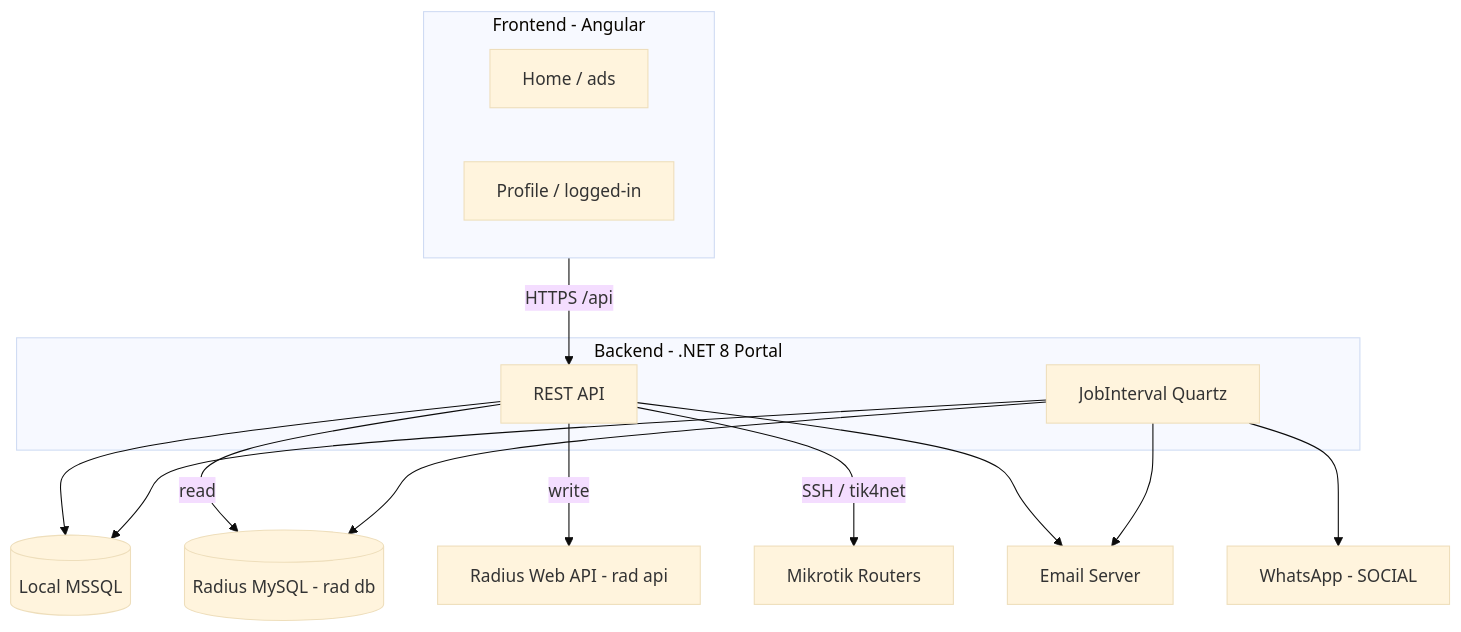
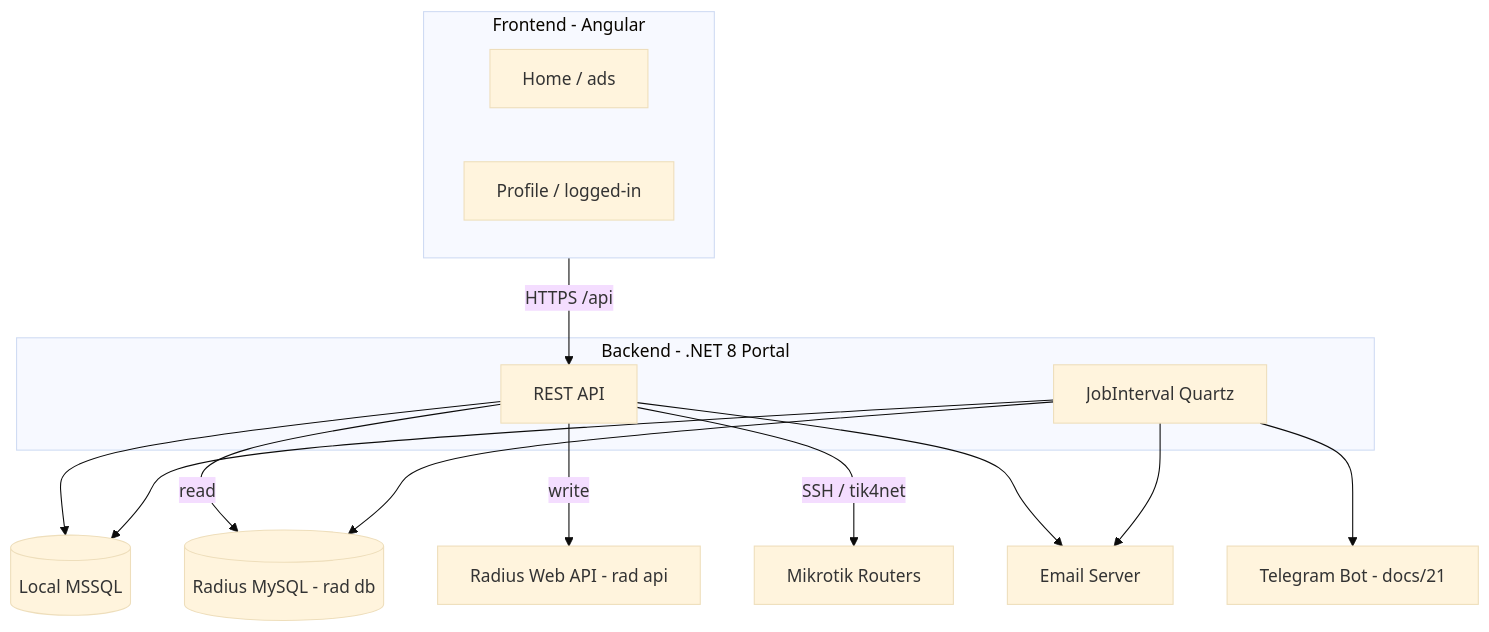
The diagram in docs/01-overview.md (h-nargesi/Photon-Bypass), drawn with Mermaid (base theme) before and after one commit. The commit also changed other lines of this file and 69 other files, not shown here.

````diff
--- a/docs/01-overview.md
+++ b/docs/01-overview.md
@@ -34,21 +34,21 @@
 ```mermaid
 flowchart TB
     subgraph FE[Frontend - Angular]
         Home[Home / ads]
         Profile[Profile / logged-in]
     end
     subgraph BE[Backend - .NET 8 Portal]
         API[REST API]
         Job[JobInterval Quartz]
     end
     FE -->|HTTPS /api| API
     API --> LocalDB[(Local MSSQL)]
     API -->|read| RadDB[(Radius MySQL - rad db)]
     API -->|write| RadAPI[Radius Web API - rad api]
     API -->|SSH / tik4net| Mikrotik[Mikrotik Routers]
     API --> Email[Email Server]
     Job --> RadDB
     Job --> Email
-    Job --> WhatsApp[WhatsApp - SOCIAL]
+    Job --> Telegram[Telegram Bot - docs/21]
     Job --> LocalDB
 ```
````
